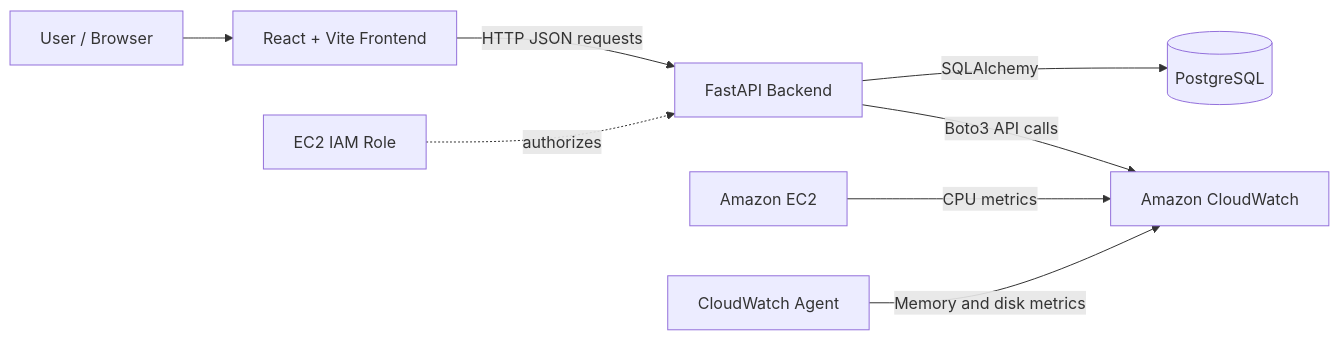
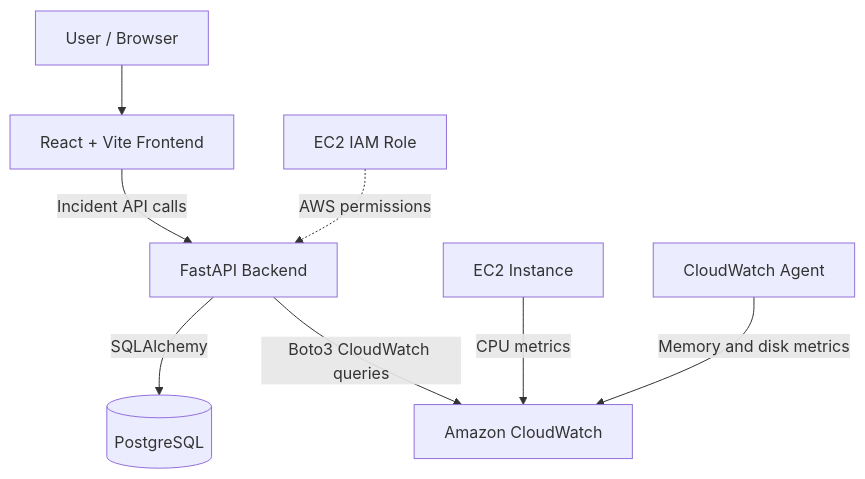
Before and after one commit to Bharath9542530187/CloudOps-Nexus: the diagram in README.md, drawn with Mermaid. The commit also changed other lines of this file, not shown here.

````diff
--- a/README.md
+++ b/README.md
@@ -20,10 +51,10 @@
 ```mermaid
-flowchart LR
-    U[User / Browser] --> FE[React + Vite Frontend]
-    FE -->|HTTP JSON requests| API[FastAPI Backend]
+flowchart TB
+    USER[User / Browser] --> UI[React + Vite Frontend]
+    UI -->|Incident API calls| API[FastAPI Backend]
     API -->|SQLAlchemy| DB[(PostgreSQL)]
-    API -->|Boto3 API calls| CW[Amazon CloudWatch]
-    EC2[Amazon EC2] -->|CPU metrics| CW
-    AG[CloudWatch Agent] -->|Memory and disk metrics| CW
-    ROLE[EC2 IAM Role] -. authorizes .-> API
+    API -->|Boto3 CloudWatch queries| CW[Amazon CloudWatch]
+    EC2[EC2 Instance] -->|CPU metrics| CW
+    AGENT[CloudWatch Agent] -->|Memory and disk metrics| CW
+    ROLE[EC2 IAM Role] -. AWS permissions .-> API
 ```
````
